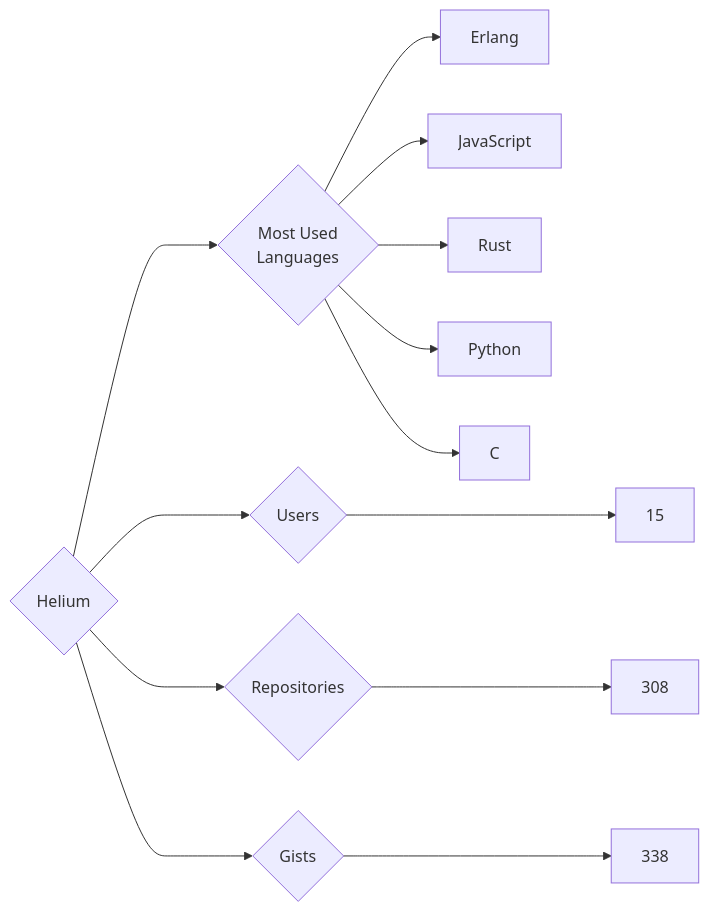
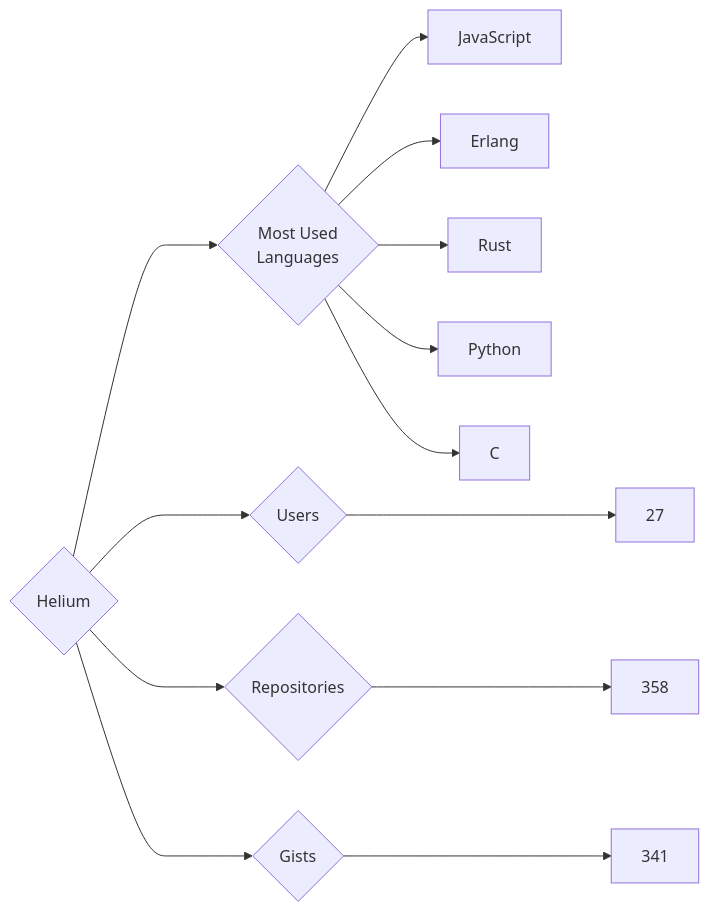
One commit to trickest/insiders changed the diagram in targets/Helium/README.md. Above: the diagram before and after it, drawn with Mermaid. The commit also changed 912 other files, not shown here.

````diff
--- a/targets/Helium/README.md
+++ b/targets/Helium/README.md
@@ -3,13 +3,13 @@
 ```mermaid
 graph LR
 COMPANY_NAME{Helium}
-COMPANY_NAME ---> U{Users} ---> UN[15]
-COMPANY_NAME ---> R{Repositories} ---> RN[308]
-COMPANY_NAME ---> G{Gists} ---> GN[338]
+COMPANY_NAME ---> U{Users} ---> UN[27]
+COMPANY_NAME ---> R{Repositories} ---> RN[358]
+COMPANY_NAME ---> G{Gists} ---> GN[341]
 COMPANY_NAME ---> ML{Most Used<br>Languages}
+ML --> JavaScript[JavaScript]
 ML --> Erlang[Erlang]
-ML --> JavaScript[JavaScript]
 ML --> Rust[Rust]
 ML --> Python[Python]
 ML --> C[C]
 ```
````
